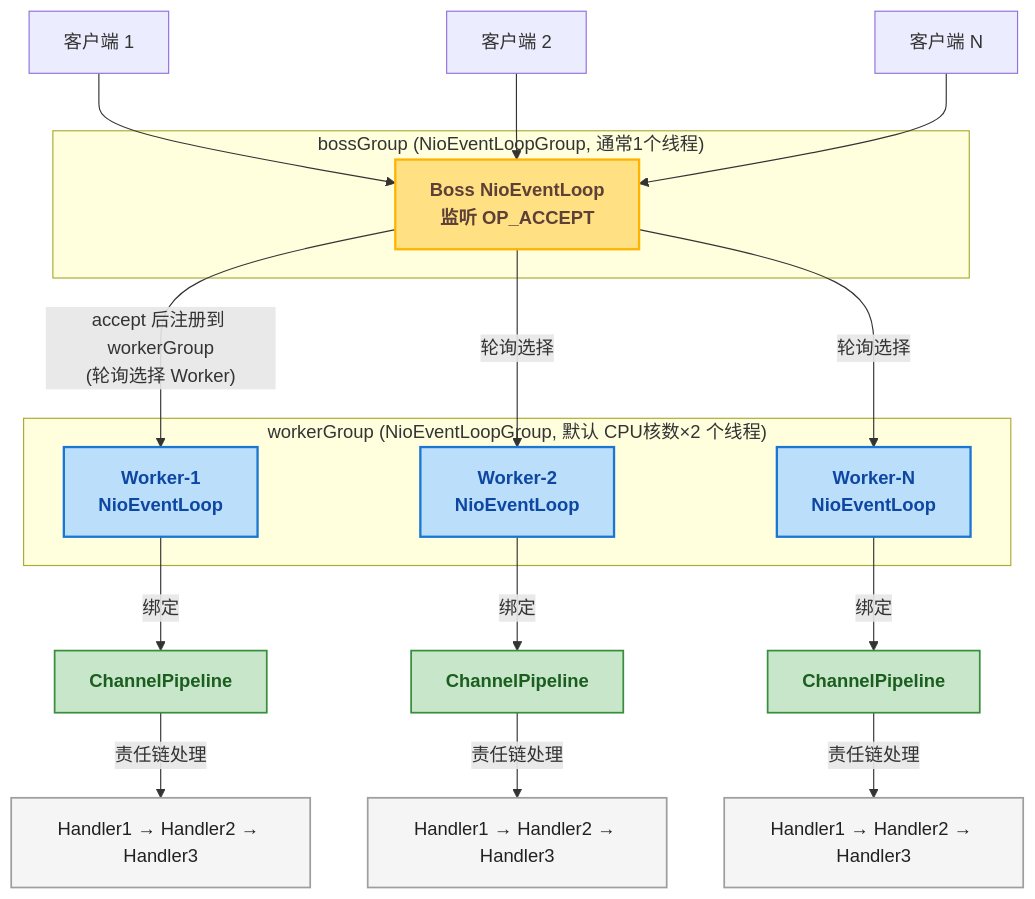
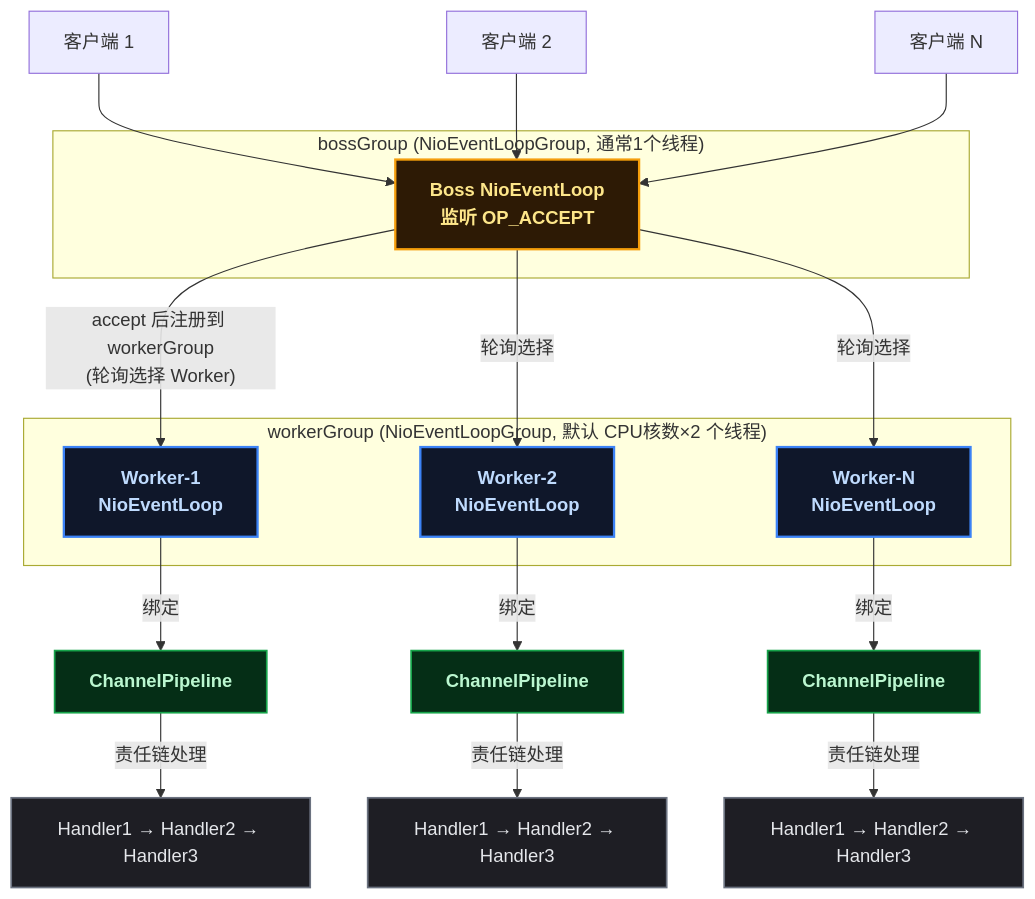
The second of 6 diagrams in content/posts/io/Netty.md (yaocat55/yaocat55.github.io), drawn with Mermaid before and after one commit. The commit also changed other lines of this file and 155 other files, not shown here.

````diff
--- a/content/posts/io/Netty.md
+++ b/content/posts/io/Netty.md
@@ -106,44 +106,44 @@
 ```mermaid
 flowchart TD
     %% ==========================================
     %% 样式定义
     %% ==========================================
-    classDef boss fill:#FFE082,stroke:#FFB300,stroke-width:2px,color:#5D4037,font-weight:bold;
-    classDef worker fill:#BBDEFB,stroke:#1976D2,stroke-width:2px,color:#0D47A1,font-weight:bold;
-    classDef pipeline fill:#C8E6C9,stroke:#388E3C,stroke-width:1.5px,color:#1B5E20,font-weight:bold;
-    classDef handler fill:#F5F5F5,stroke:#9E9E9E,stroke-width:1.5px,color:#212121;
+classDef boss fill:#2d1a05,stroke:#f59e0b,stroke-width:2px,color:#fde68a,font-weight:bold;
+classDef worker fill:#0f172a,stroke:#3b82f6,stroke-width:2px,color:#bfdbfe,font-weight:bold;
+classDef pipeline fill:#052e16,stroke:#16a34a,stroke-width:1.5px,color:#bbf7d0,font-weight:bold;
+classDef handler fill:#1e1e24,stroke:#6b7280,stroke-width:1.5px,color:#e5e7eb;
 
     %% ==========================================
     %% Netty Reactor 主从模型
     %% ==========================================
     subgraph BOSS_GROUP ["bossGroup (NioEventLoopGroup, 通常1个线程)"]
         BOSS["Boss NioEventLoop\n监听 OP_ACCEPT"]
     end
 
     subgraph WORKER_GROUP ["workerGroup (NioEventLoopGroup, 默认 CPU核数×2 个线程)"]
         W1["Worker-1\nNioEventLoop"]
         W2["Worker-2\nNioEventLoop"]
         W3["Worker-N\nNioEventLoop"]
     end
 
     CLIENT1["客户端 1"] --> BOSS
     CLIENT2["客户端 2"] --> BOSS
     CLIENT3["客户端 N"] --> BOSS
 
     BOSS -->|"accept 后注册到 workerGroup\n(轮询选择 Worker)"| W1
     BOSS -->|"轮询选择"| W2
     BOSS -->|"轮询选择"| W3
 
     W1 -->|"绑定"| PIPE1["ChannelPipeline"]
     W2 -->|"绑定"| PIPE2["ChannelPipeline"]
     W3 -->|"绑定"| PIPE3["ChannelPipeline"]
 
     PIPE1 -->|"责任链处理"| H1["Handler1 → Handler2 → Handler3"]
     PIPE2 -->|"责任链处理"| H2["Handler1 → Handler2 → Handler3"]
     PIPE3 -->|"责任链处理"| H3["Handler1 → Handler2 → Handler3"]
 
     class BOSS boss;
     class W1,W2,W3 worker;
     class PIPE1,PIPE2,PIPE3 pipeline;
     class H1,H2,H3 handler;
 ```
````
